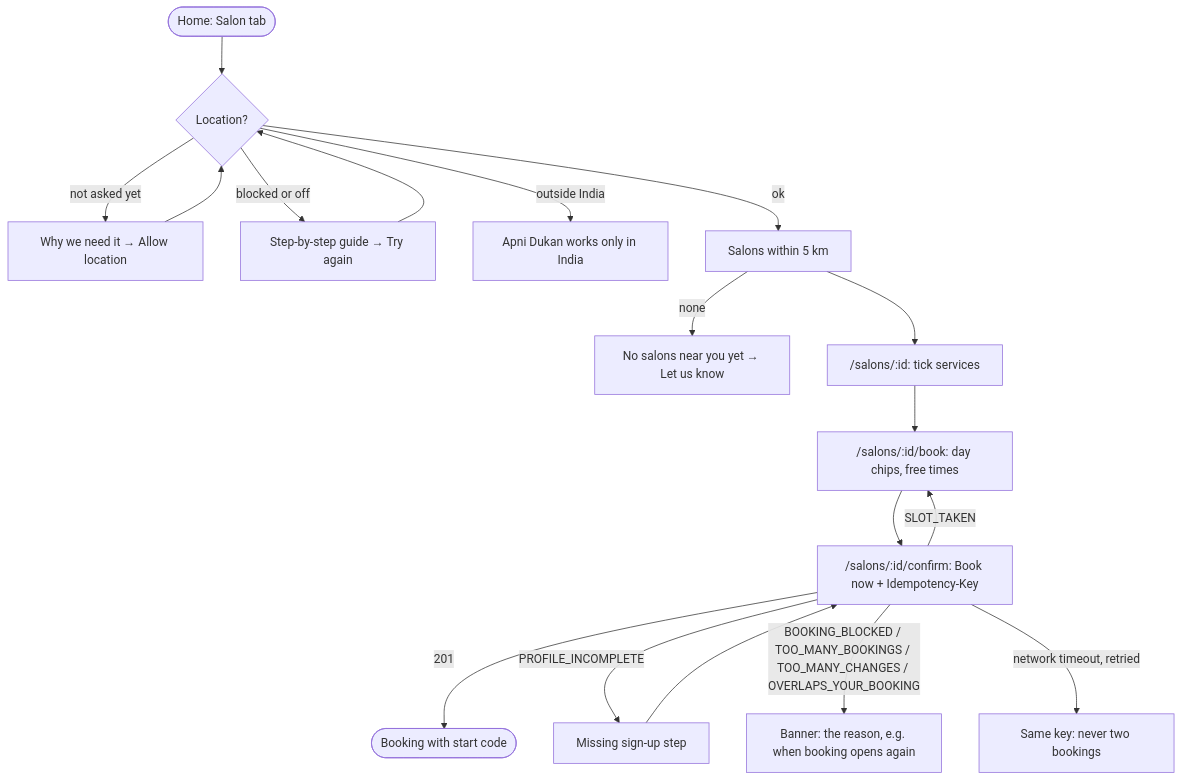
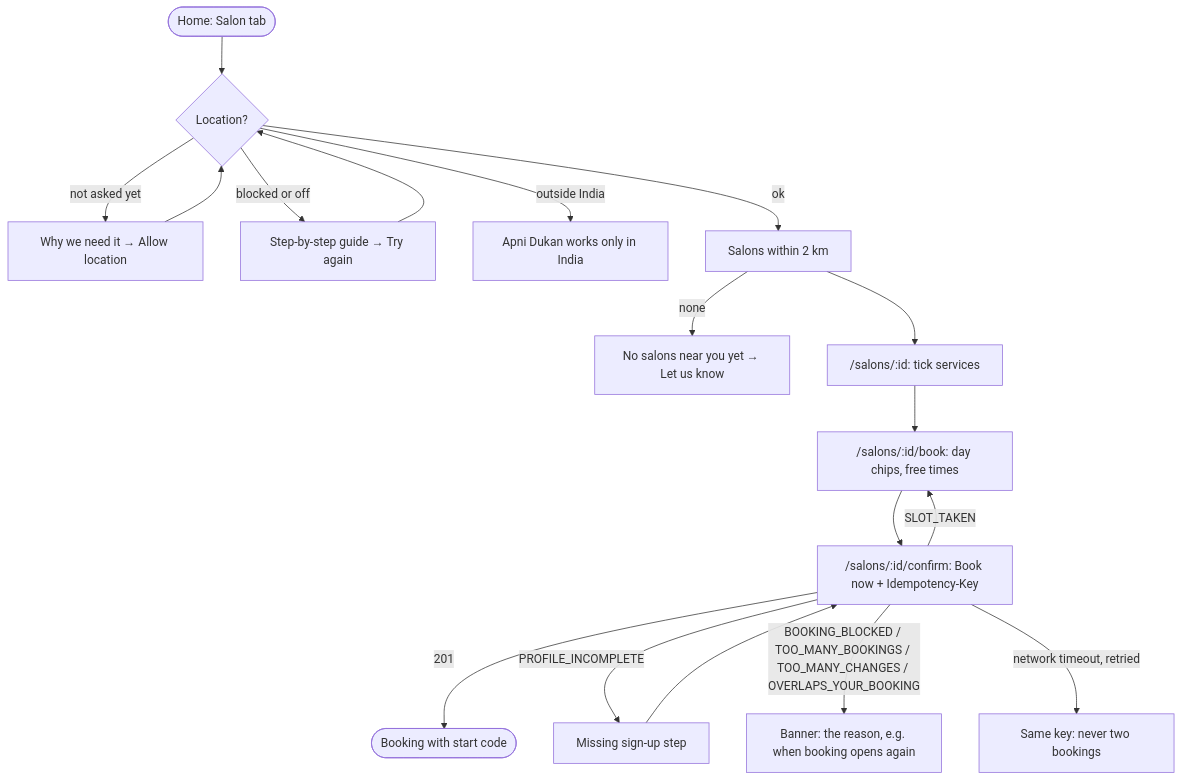
The second of 4 diagrams in README.md (Premanshu-jha/apni-dukan-customer), drawn with Mermaid before and after one commit. The commit also changed other lines of this file and 8 other files, not shown here.

First line of the commit message:
Salons within 2 km, 30 at a time, with "Show more salons"

````diff
--- a/README.md
+++ b/README.md
@@ -110,19 +110,19 @@
 ```mermaid
 flowchart TD
   home([Home: Salon tab]) --> loc{Location?}
   loc -- "not asked yet" --> explain[Why we need it → Allow location]
   explain --> loc
   loc -- blocked or off --> guide[Step-by-step guide → Try again]
   guide --> loc
   loc -- outside India --> india[Apni Dukan works only in India]
-  loc -- ok --> list[Salons within 5 km]
+  loc -- ok --> list[Salons within 2 km]
   list -- none --> empty[No salons near you yet → Let us know]
   list --> salon["/salons/:id: tick services"]
   salon --> time["/salons/:id/book: day chips, free times"]
   time --> confirm["/salons/:id/confirm: Book now + Idempotency-Key"]
   confirm -- 201 --> booked([Booking with start code])
   confirm -- SLOT_TAKEN --> time
   confirm -- PROFILE_INCOMPLETE --> step[Missing sign-up step] --> confirm
   confirm -- "BOOKING_BLOCKED / TOO_MANY_BOOKINGS / TOO_MANY_CHANGES / OVERLAPS_YOUR_BOOKING" --> msg[Banner: the reason, e.g. when booking opens again]
   confirm -- "network timeout, retried" --> same[Same key: never two bookings]
 ```
````
